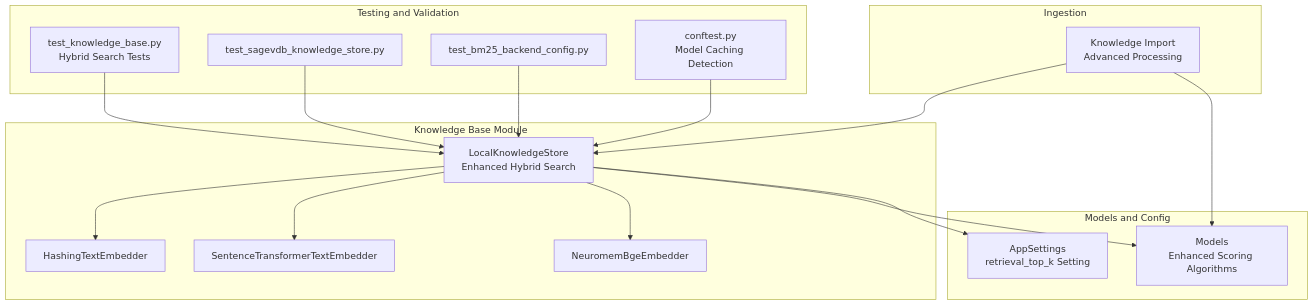
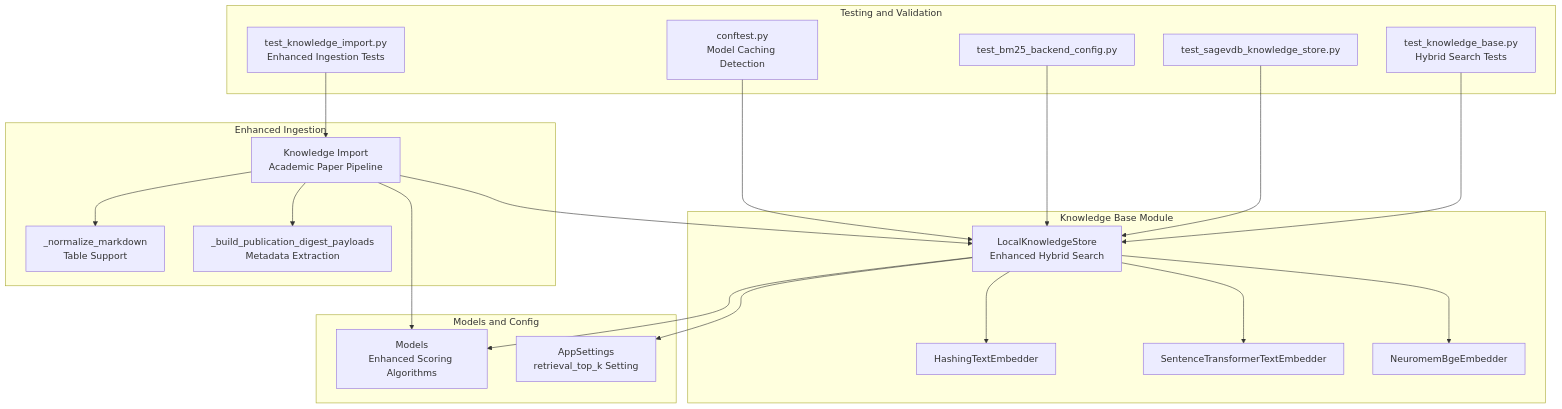
Before and after one commit to intellistream/sage-mate: the first of 12 diagrams in .qoder/repowiki/en/content/Knowledge Management/Knowledge Base Storage.md, drawn with Mermaid. The commit also changed other lines of this file and 60 other files, not shown here.

````diff
--- a/.qoder/repowiki/en/content/Knowledge Management/Knowledge Base Storage.md
+++ b/.qoder/repowiki/en/content/Knowledge Management/Knowledge Base Storage.md
@@ -51,33 +54,39 @@
 ```mermaid
 graph TB
 subgraph "Knowledge Base Module"
 KB["LocalKnowledgeStore<br/>Enhanced Hybrid Search"]
 E1["HashingTextEmbedder"]
 E2["SentenceTransformerTextEmbedder"]
 E3["NeuromemBgeEmbedder"]
 end
 subgraph "Models and Config"
 M["Models<br/>Enhanced Scoring Algorithms"]
 C["AppSettings<br/>retrieval_top_k Setting"]
 end
-subgraph "Ingestion"
-I["Knowledge Import<br/>Advanced Processing"]
+subgraph "Enhanced Ingestion"
+I["Knowledge Import<br/>Academic Paper Pipeline"]
+MD["_normalize_markdown<br/>Table Support"]
+PD["_build_publication_digest_payloads<br/>Metadata Extraction"]
 end
 subgraph "Testing and Validation"
 T1["test_knowledge_base.py<br/>Hybrid Search Tests"]
-T2["test_sagevdb_knowledge_store.py"]
-T3["test_bm25_backend_config.py"]
-T4["conftest.py<br/>Model Caching Detection"]
+T2["test_knowledge_import.py<br/>Enhanced Ingestion Tests"]
+T3["test_sagevdb_knowledge_store.py"]
+T4["test_bm25_backend_config.py"]
+T5["conftest.py<br/>Model Caching Detection"]
 end
 KB --> E1
 KB --> E2
 KB --> E3
 KB --> M
 KB --> C
 I --> KB
+I --> MD
+I --> PD
 I --> M
 T1 --> KB
-T2 --> KB
+T2 --> I
 T3 --> KB
 T4 --> KB
+T5 --> KB
 ```
````
